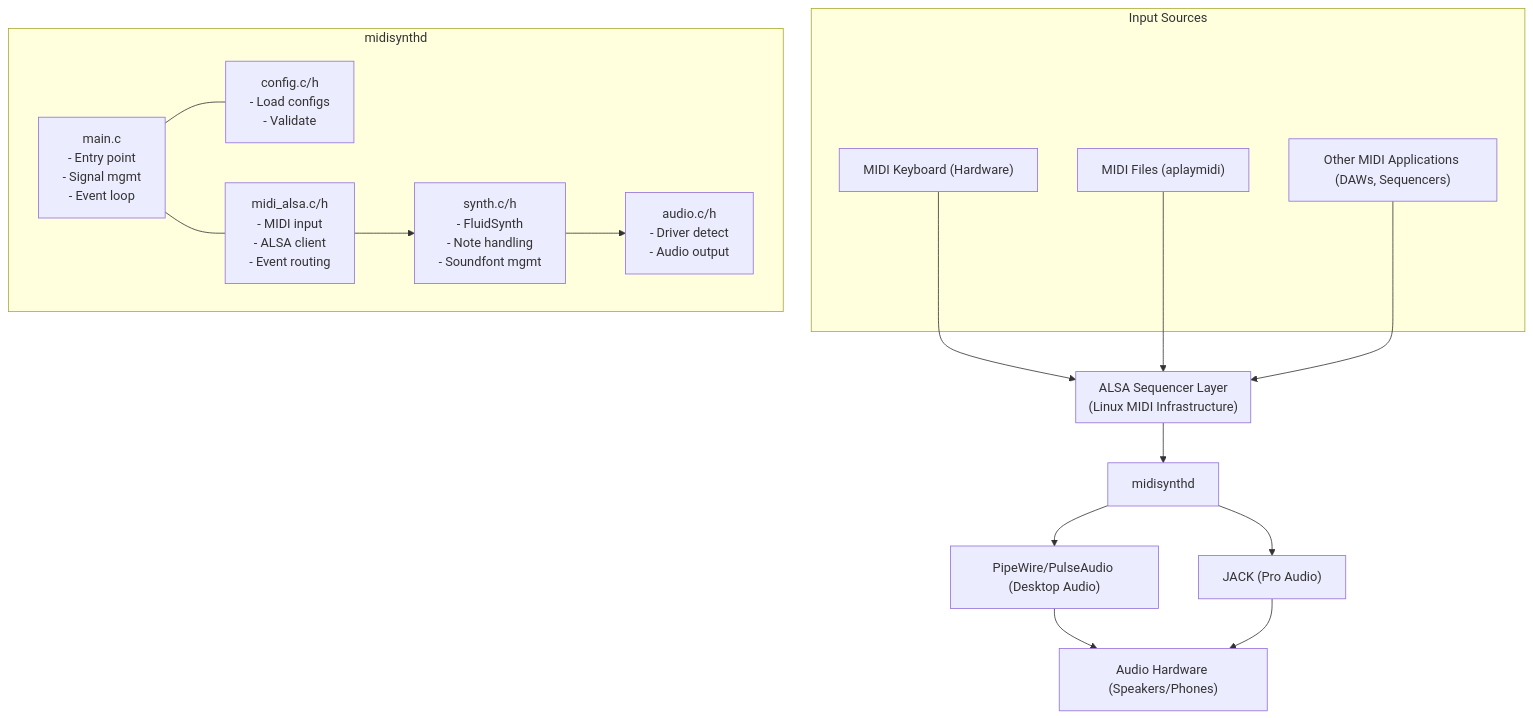
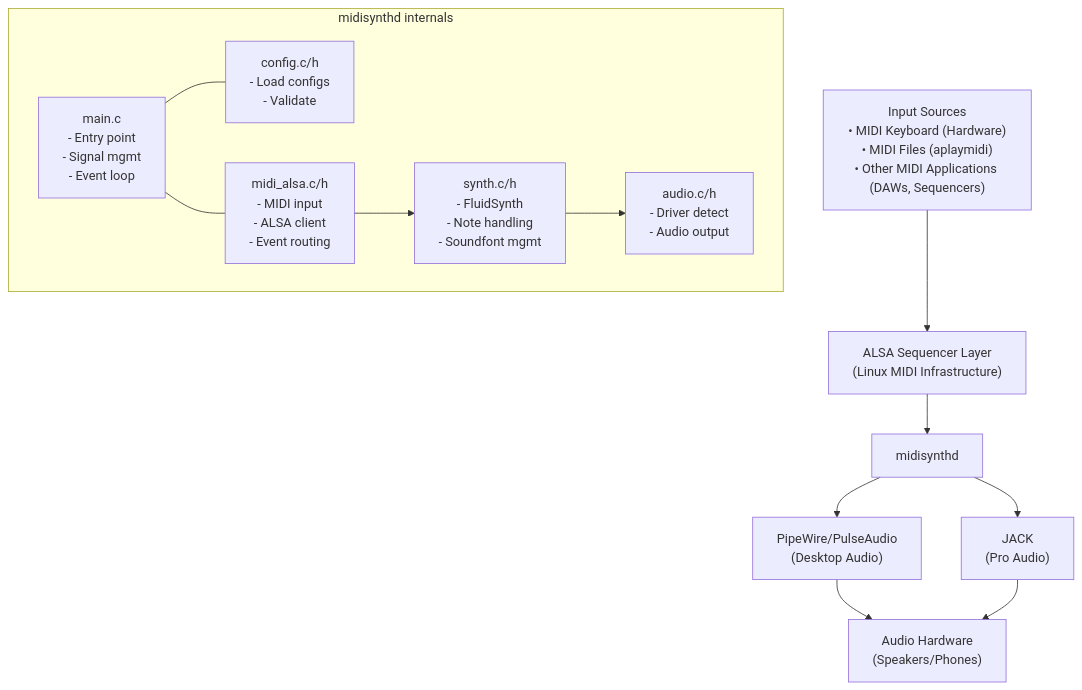
Before and after one commit to ArchLars/midisynthd: the diagram in README.md, drawn with Mermaid.

````diff
--- a/README.md
+++ b/README.md
@@ -66,36 +66,27 @@
 ```mermaid
 flowchart TB
-    subgraph INPUT_SOURCES["Input Sources"]
-        KB["MIDI Keyboard (Hardware)"]
-        MF["MIDI Files (aplaymidi)"]
-        OMA["Other MIDI Applications (DAWs, Sequencers)"]
-    end
+    IS["Input Sources<br/>• MIDI Keyboard (Hardware)<br/>• MIDI Files (aplaymidi)<br/>• Other MIDI Applications (DAWs, Sequencers)"]
+    ALSA["ALSA Sequencer Layer<br/>(Linux MIDI Infrastructure)"]
+    MS["midisynthd"]
 
-    subgraph ALSA["ALSA Sequencer Layer\n(Linux MIDI Infrastructure)"]
-    end
+    IS --> ALSA --> MS
 
-    KB --> ALSA
-    MF --> ALSA
-    OMA --> ALSA
-
-    ALSA --> MS[midisynthd]
-
-    subgraph MS_CONTENT["midisynthd"]
+    subgraph "midisynthd internals"
         direction LR
-        MC["main.c\n- Entry point\n- Signal mgmt\n- Event loop"]
-        CC["config.c/h\n- Load configs\n- Validate"]
-        MAC["midi_alsa.c/h\n- MIDI input\n- ALSA client\n- Event routing"]
-        SC["synth.c/h\n- FluidSynth\n- Note handling\n- Soundfont mgmt"]
-        AC["audio.c/h\n- Driver detect\n- Audio output"]
+        MC["main.c<br/>- Entry point<br/>- Signal mgmt<br/>- Event loop"]
+        CC["config.c/h<br/>- Load configs<br/>- Validate"]
+        MAC["midi_alsa.c/h<br/>- MIDI input<br/>- ALSA client<br/>- Event routing"]
+        SC["synth.c/h<br/>- FluidSynth<br/>- Note handling<br/>- Soundfont mgmt"]
+        AC["audio.c/h<br/>- Driver detect<br/>- Audio output"]
 
         MC --- CC
         MC --- MAC
         MAC --> SC
         SC --> AC
     end
 
-    MS --> PP["PipeWire/PulseAudio (Desktop Audio)"]
-    MS --> JACK["JACK (Pro Audio)"]
-    PP --> AH["Audio Hardware (Speakers/Phones)"]
+    MS --> PP["PipeWire/PulseAudio<br/>(Desktop Audio)"]
+    MS --> JACK["JACK<br/>(Pro Audio)"]
+    PP --> AH["Audio Hardware<br/>(Speakers/Phones)"]
     JACK --> AH
 ```
````
